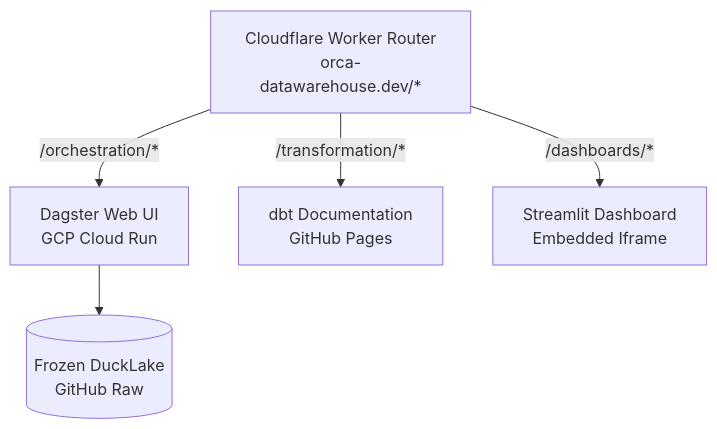
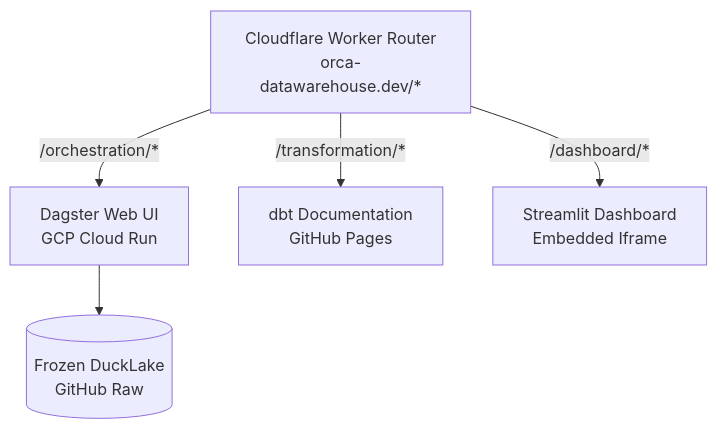
Before and after one commit to mathisdrn/orca: the diagram in deployment/README.md, drawn with Mermaid. The commit also changed other lines of this file and 11 other files, not shown here.

````diff
--- a/deployment/README.md
+++ b/deployment/README.md
@@ -7,8 +7,8 @@
 ```mermaid
 graph TD
     Router[Cloudflare Worker Router<br/>orca-datawarehouse.dev/*] -->|/orchestration/*| Dagster[Dagster Web UI<br/>GCP Cloud Run]
     Router -->|/transformation/*| dbt[dbt Documentation<br/>GitHub Pages]
-    Router -->|/dashboards/*| Streamlit[Streamlit Dashboard<br/>Embedded Iframe]
+    Router -->|/dashboard/*| Streamlit[Streamlit Dashboard<br/>Embedded Iframe]
 
     Dagster --> DuckLake[(Frozen DuckLake<br/>GitHub Raw)]
 ```
````
